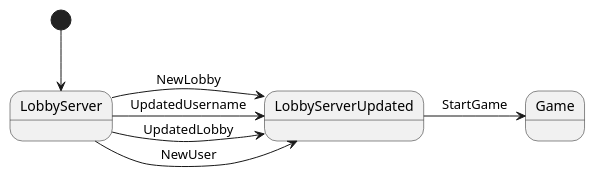
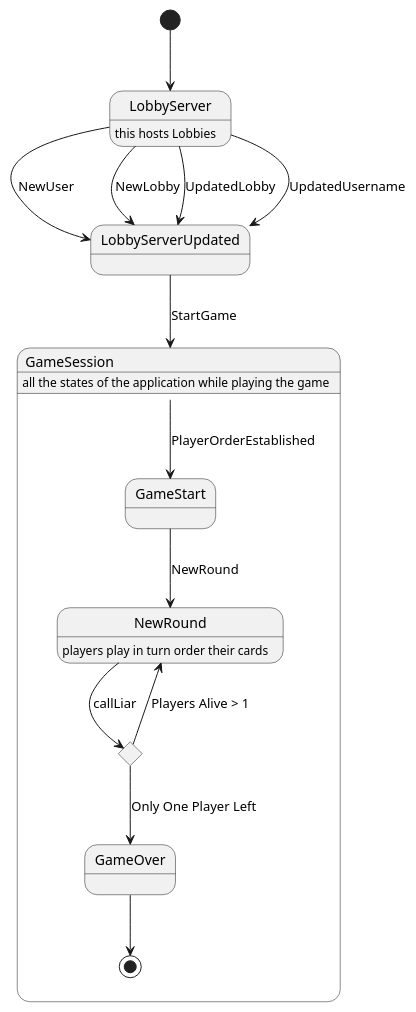
Before and after one commit to Alb-Ard/dist-sys-dubito-online: the tenth of 10 diagrams in docs/report.md, drawn with PlantUML. The commit also changed other lines of this file, not shown here.

Commit message:
changed component diagram, unified state diagrams (might need few extra additions)

````diff
--- a/docs/report.md
+++ b/docs/report.md
@@ -465,15 +483,27 @@
 ```plantuml
 @startuml
+[*] --> LobbyServer
+LobbyServer : this hosts Lobbies
+LobbyServer --> LobbyServerUpdated : NewUser
+LobbyServer --> LobbyServerUpdated : NewLobby
+LobbyServer --> LobbyServerUpdated : UpdatedLobby
+LobbyServer --> LobbyServerUpdated : UpdatedUsername
 
+LobbyServerUpdated --> GameSession : StartGame
 
-[*] --> LobbyServer
+state GameSession {
+   GameSession : all the states of the application while playing the game
+   GameSession --> GameStart : PlayerOrderEstablished
+   GameStart --> NewRound : NewRound
+   NewRound : players play in turn order their cards
+   state callLiar <<choice>>
+   NewRound --> callLiar : callLiar
+   callLiar --> NewRound : Players Alive > 1
+   callLiar --> GameOver : Only One Player Left
+   GameOver --> [*]
+   
+}
 
-LobbyServer -> LobbyServerUpdated : NewUser
-LobbyServer -> LobbyServerUpdated : NewLobby
-LobbyServer -> LobbyServerUpdated : UpdatedLobby
-LobbyServer -> LobbyServerUpdated : UpdatedUsername
-
-LobbyServerUpdated -> Game : StartGame
 
 @enduml
 ```
````
